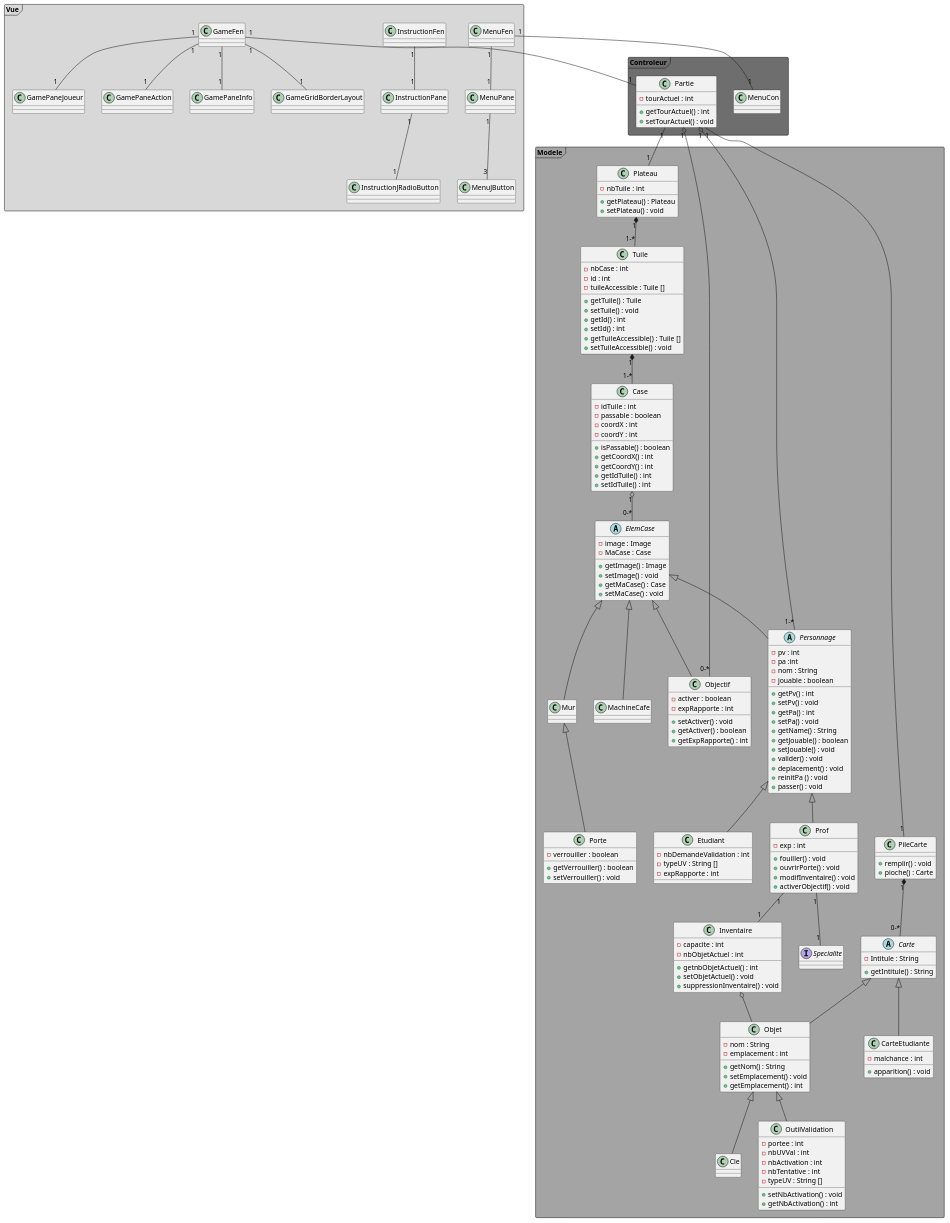
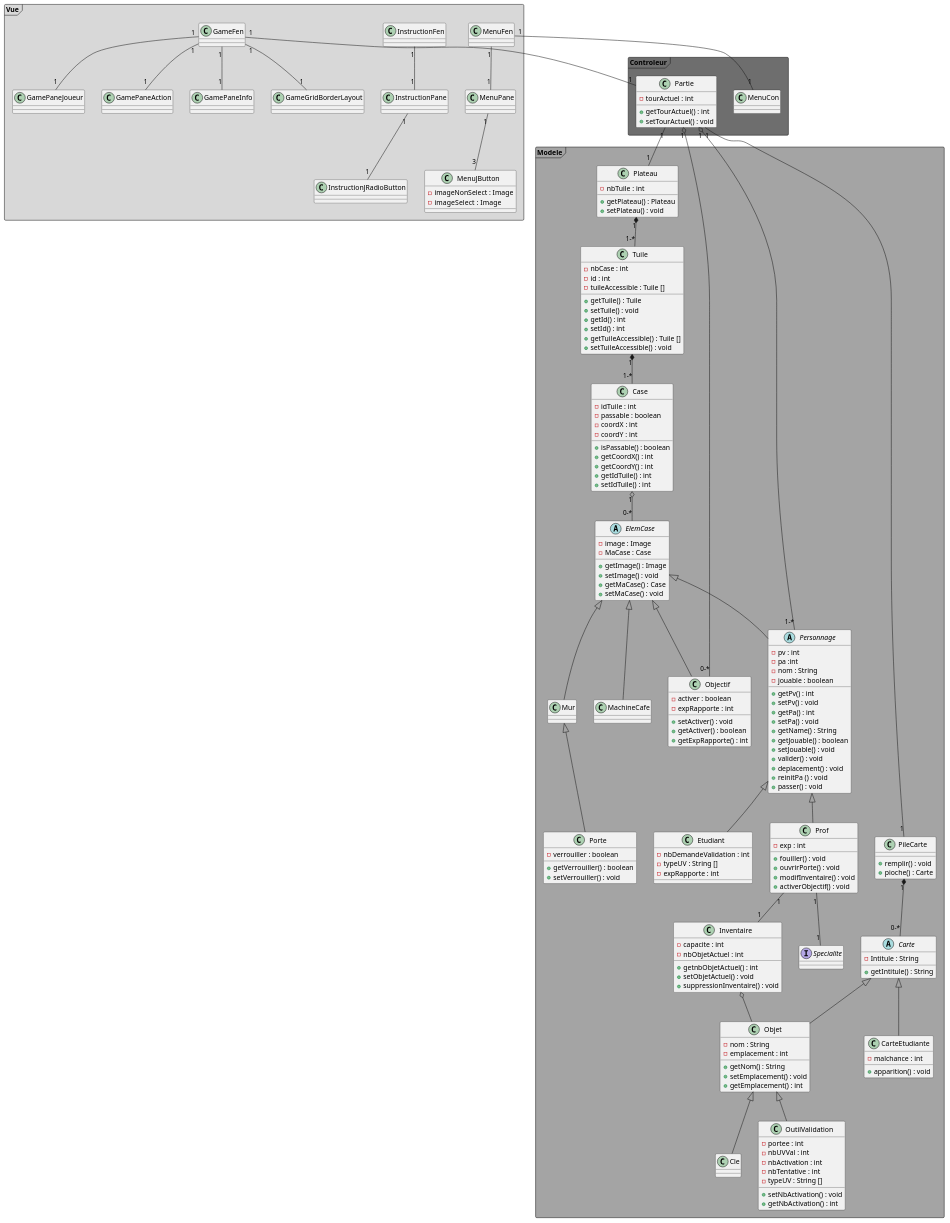
The diagram in UML/Diag_class.puml (Erathriel/Projet_LO43), drawn with PlantUML before and after one commit. The commit also changed 3 other files, not shown here.

```diff
--- a/UML/Diag_class.puml
+++ b/UML/Diag_class.puml
@@ -1,179 +1,182 @@
 @startuml
 'Classe
 
 Package  "Modele" <<Frame>> #A4A4A4 {
     class Plateau {
     - nbTuile : int
     + getPlateau() : Plateau
     + setPlateau() : void
     }
     class Tuile {
     - nbCase : int
     - id : int
     - tuileAccessible : Tuile []
     + getTuile() : Tuile
     + setTuile() : void
     + getId() : int
     + setId() : int
     + getTuileAccessible() : Tuile []
     + setTuileAccessible() : void
     }
     class Case{
     - idTuile : int
     - passable : boolean
     - coordX : int
     - coordY : int
     + isPassable() : boolean
     + getCoordX() : int
     + getCoordY() : int
     + getIdTuile() : int
     + setIdTuile() : int
     }
     abstract class ElemCase {
     - image : Image
     - MaCase : Case
     + getImage() : Image
     + setImage() : void
     + getMaCase() : Case
     +setMaCase() : void
     }
     class Mur
     class Porte {
     - verrouiller : boolean
     + getVerrouiller() : boolean
     + setVerrouiller() : void
     }
     class Objectif {
     - activer : boolean
     - expRapporte : int
     + setActiver() : void
     + getActiver() : boolean
     + getExpRapporte() : int
     }
     class MachineCafe
     abstract class Personnage {
     - pv : int
     - pa :int
     - nom : String
     - jouable : boolean
     + getPv() : int
     + setPv() : void
     + getPa() : int
     + setPa() : void
     + getName() : String
     + getJouable() : boolean
     + setJouable() : void
     'Attaque'
     + valider() : void
     + deplacement() : void
     + reinitPa () : void
     + passer() : void
     }
     class Prof {
      - exp : int
      + fouiller() : void
      + ouvrirPorte() : void
      + modifInventaire() : void
      + activerObjectif() : void
     }
     class Etudiant {
     - nbDemandeValidation : int
     - typeUV : String []
     - expRapporte : int
     }
     interface Specialite
     class Inventaire {
     - capacite : int
     - nbObjetActuel : int
     + getnbObjetActuel() : int
     + setObjetActuel() : void
     + suppressionInventaire() : void
     }
     class Objet {
     - nom : String
     - emplacement : int
     + getNom() : String
     + setEmplacement() : void
     + getEmplacement() : int
     }
     class Cle
     class OutilValidation {
     - portee : int
     - nbUVVal : int
     - nbActivation : int
     - nbTentative : int
     - typeUV : String []
     + setNbActivation() : void
     + getNbActivation() : int
 
     }
     abstract class Carte {
     - Intitule : String
     + getIntitule() : String
     }
     class CarteEtudiante {
     - malchance : int
     + apparition() : void
     }
     class PileCarte {
     + remplir() : void
     + pioche() : Carte
     }
 }
 Package "Controleur" <<Frame>> #6E6E6E {
     class Partie {
     - tourActuel : int
     + getTourActuel() : int
     + setTourActuel() : void
     }
     class MenuCon {
 
     }
 }
 Package "Vue" <<Frame>> #D8D8D8 {
     class MenuFen
     class MenuPane
-    class MenuJButton
+    class MenuJButton{
+      - imageNonSelect : Image
+      - imageSelect  : Image
+    }
     class InstructionFen
     class InstructionPane
     class InstructionJRadioButton
     class GameFen
     class GamePaneJoueur
     class GamePaneAction
     class GamePaneInfo
     class GameGridBorderLayout
 }
 ' Relation
 MenuFen "1" -- "1" MenuPane
 MenuPane "1" -- "3" MenuJButton
 InstructionFen "1" -- "1" InstructionPane
 InstructionPane "1" -- "1" InstructionJRadioButton
 GameFen "1" -- "1" GamePaneJoueur
 GameFen "1" -- "1" GamePaneAction
 GameFen "1" -- "1" GamePaneInfo
 GameFen "1" -- "1" GameGridBorderLayout
 MenuCon "1" -- "1" MenuFen
 GameFen "1" -- "1" Partie
 Plateau "1" *-- "1-*" Tuile
 Tuile "1" *-- "1-*" Case
 Case "1" o-- "0-*" ElemCase
 ElemCase <|-- Mur
 ElemCase <|-- Objectif
 ElemCase <|-- MachineCafe
 ElemCase <|-- Personnage
 Mur <|-- Porte
 Personnage <|-- Etudiant
 Personnage <|-- Prof
 Prof "1" -- "1" Inventaire
 Inventaire o-- Objet
 Objet <|-- Cle
 Objet <|-- OutilValidation
 Carte <|-- Objet
 Carte <|-- CarteEtudiante
 PileCarte "1" *-- "0-*" Carte
 Partie "1" o-- "1-*" Personnage
 Partie "1" -- "1" Plateau
 Prof "1" -- "1" Specialite
 Partie "1" -- "1" PileCarte
 Partie "1" o-- "0-*" Objectif
 @enduml
```
